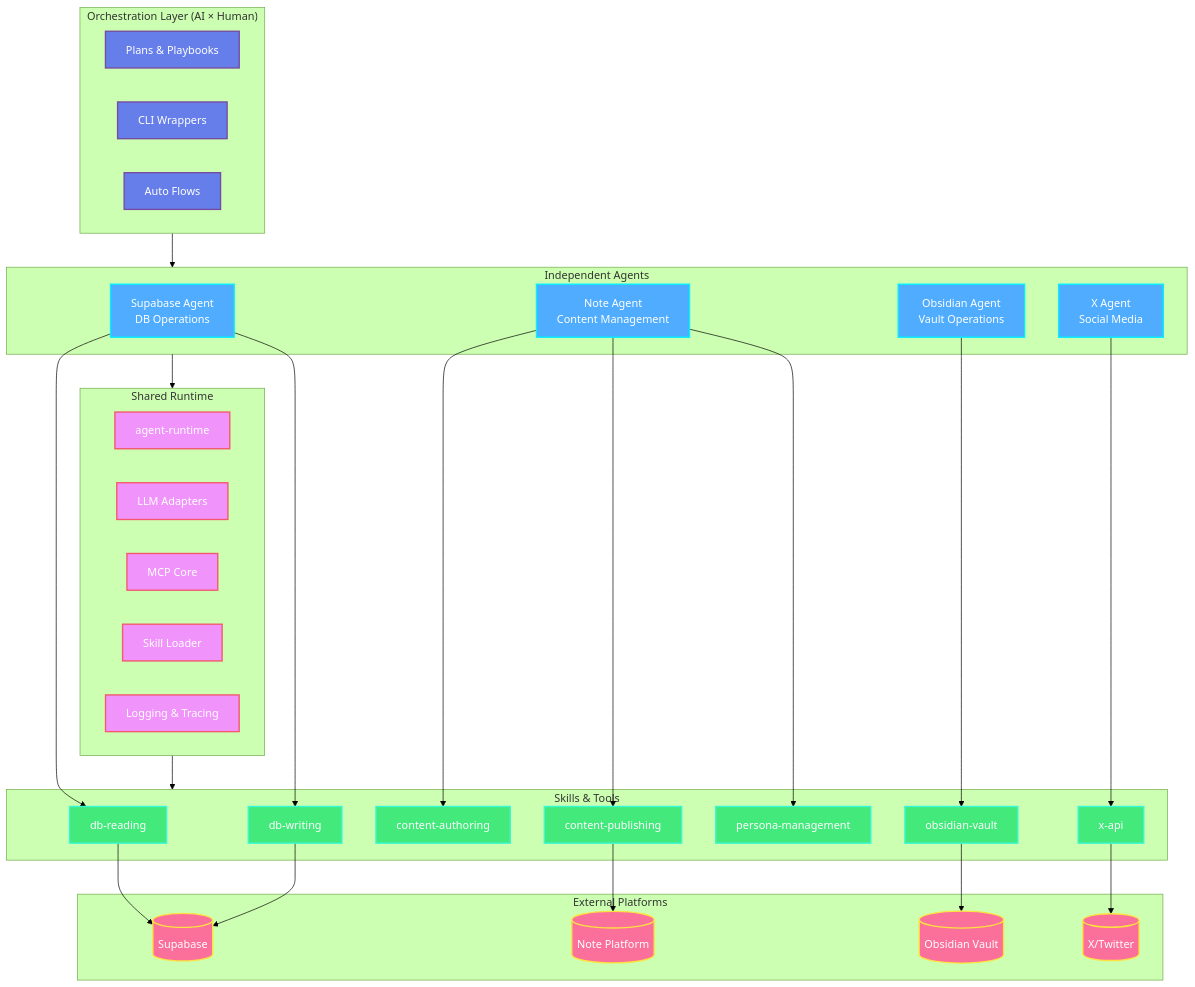
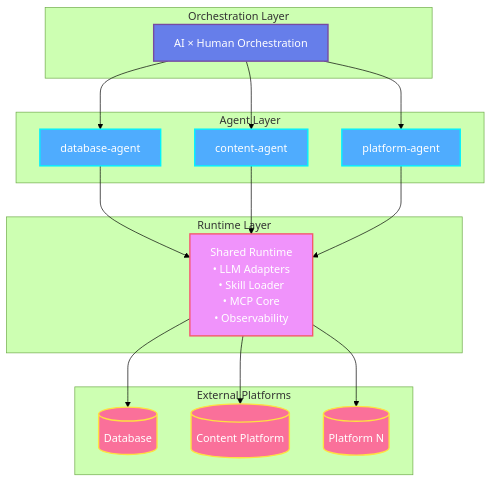
The first of 2 diagrams in README.md (artificial-intelligence-first/aao-skeleton), drawn with Mermaid (forest theme) before and after one commit. The commit also changed other lines of this file, not shown here.

First line of the commit message:
Refactor README: Clean architecture, generic agent references

````diff
--- a/README.md
+++ b/README.md
@@ -9,72 +26,44 @@
 ```mermaid
 graph TB
-    subgraph Orchestration["Orchestration Layer (AI × Human)"]
-        Plans[Plans & Playbooks]
-        CLI[CLI Wrappers]
-        Flows[Auto Flows]
+    subgraph "Orchestration Layer"
+        Orchestration[AI × Human Orchestration]
     end
 
-    subgraph Runtime["Shared Runtime"]
-        AgentRuntime[agent-runtime]
-        Adapters[LLM Adapters]
-        MCPCore[MCP Core]
-        SkillLoader[Skill Loader]
-        Observability[Logging & Tracing]
+    subgraph "Agent Layer"
+        Agent1[database-agent]
+        Agent2[content-agent]
+        Agent3[platform-agent]
     end
 
-    subgraph Agents["Independent Agents"]
-        SupabaseAgent[Supabase Agent<br/>DB Operations]
-        NoteAgent[Note Agent<br/>Content Management]
-        ObsidianAgent[Obsidian Agent<br/>Vault Operations]
-        XAgent[X Agent<br/>Social Media]
+    subgraph "Runtime Layer"
+        Runtime[Shared Runtime<br/>• LLM Adapters<br/>• Skill Loader<br/>• MCP Core<br/>• Observability]
     end
 
-    subgraph Skills["Skills & Tools"]
-        DBReading[db-reading]
-        DBWriting[db-writing]
-        ContentAuth[content-authoring]
-        ContentPub[content-publishing]
-        PersonaMgmt[persona-management]
-        ObsidianVault[obsidian-vault]
-        XAPI[x-api]
+    subgraph "External Platforms"
+        Platform1[(Database)]
+        Platform2[(Content Platform)]
+        Platform3[(Platform N)]
     end
 
-    subgraph External["External Platforms"]
-        Supabase[(Supabase)]
-        NotePlatform[(Note Platform)]
-        ObsidianVault2[(Obsidian Vault)]
-        XPlatform[(X/Twitter)]
-    end
+    Orchestration --> Agent1
+    Orchestration --> Agent2
+    Orchestration --> Agent3
 
-    Orchestration --> Agents
-    Agents --> Runtime
-    Runtime --> Skills
+    Agent1 --> Runtime
+    Agent2 --> Runtime
+    Agent3 --> Runtime
 
-    SupabaseAgent --> DBReading
-    SupabaseAgent --> DBWriting
-    DBReading --> Supabase
-    DBWriting --> Supabase
-
-    NoteAgent --> ContentAuth
-    NoteAgent --> ContentPub
-    NoteAgent --> PersonaMgmt
-    ContentPub --> NotePlatform
-
-    ObsidianAgent --> ObsidianVault
-    ObsidianVault --> ObsidianVault2
-
-    XAgent --> XAPI
-    XAPI --> XPlatform
+    Runtime --> Platform1
+    Runtime --> Platform2
+    Runtime --> Platform3
 
     classDef orchestrationStyle fill:#667eea,stroke:#764ba2,stroke-width:2px,color:#fff
+    classDef agentStyle fill:#4facfe,stroke:#00f2fe,stroke-width:2px,color:#fff
     classDef runtimeStyle fill:#f093fb,stroke:#f5576c,stroke-width:2px,color:#fff
-    classDef agentStyle fill:#4facfe,stroke:#00f2fe,stroke-width:2px,color:#fff
-    classDef skillStyle fill:#43e97b,stroke:#38f9d7,stroke-width:2px,color:#fff
-    classDef externalStyle fill:#fa709a,stroke:#fee140,stroke-width:2px,color:#fff
+    classDef platformStyle fill:#fa709a,stroke:#fee140,stroke-width:2px,color:#fff
 
-    class Plans,CLI,Flows orchestrationStyle
-    class AgentRuntime,Adapters,MCPCore,SkillLoader,Observability runtimeStyle
-    class SupabaseAgent,NoteAgent,ObsidianAgent,XAgent agentStyle
-    class DBReading,DBWriting,ContentAuth,ContentPub,PersonaMgmt,ObsidianVault,XAPI skillStyle
-    class Supabase,NotePlatform,ObsidianVault2,XPlatform externalStyle
+    class Orchestration orchestrationStyle
+    class Agent1,Agent2,Agent3 agentStyle
+    class Runtime runtimeStyle
+    class Platform1,Platform2,Platform3 platformStyle
 ```
````
